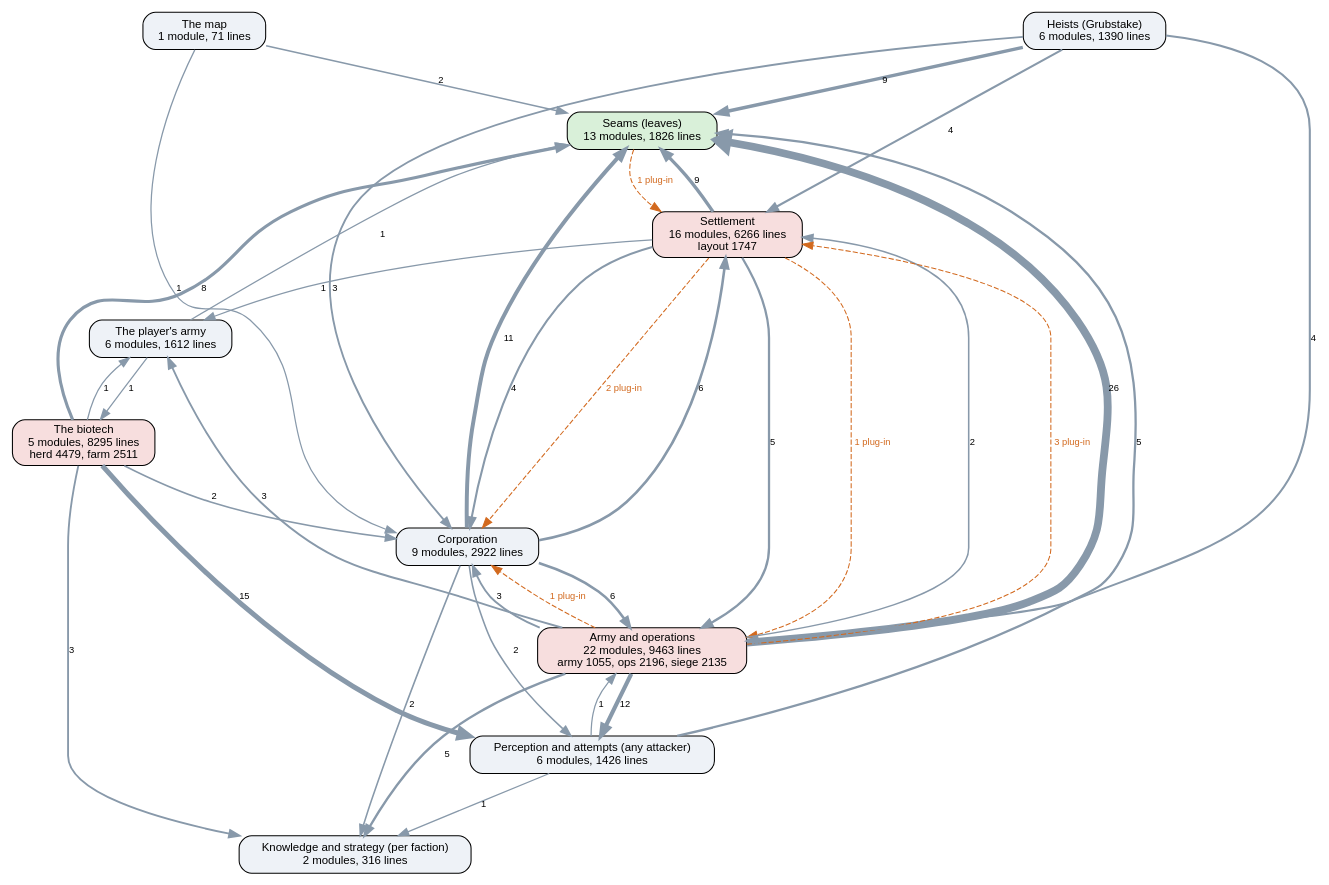
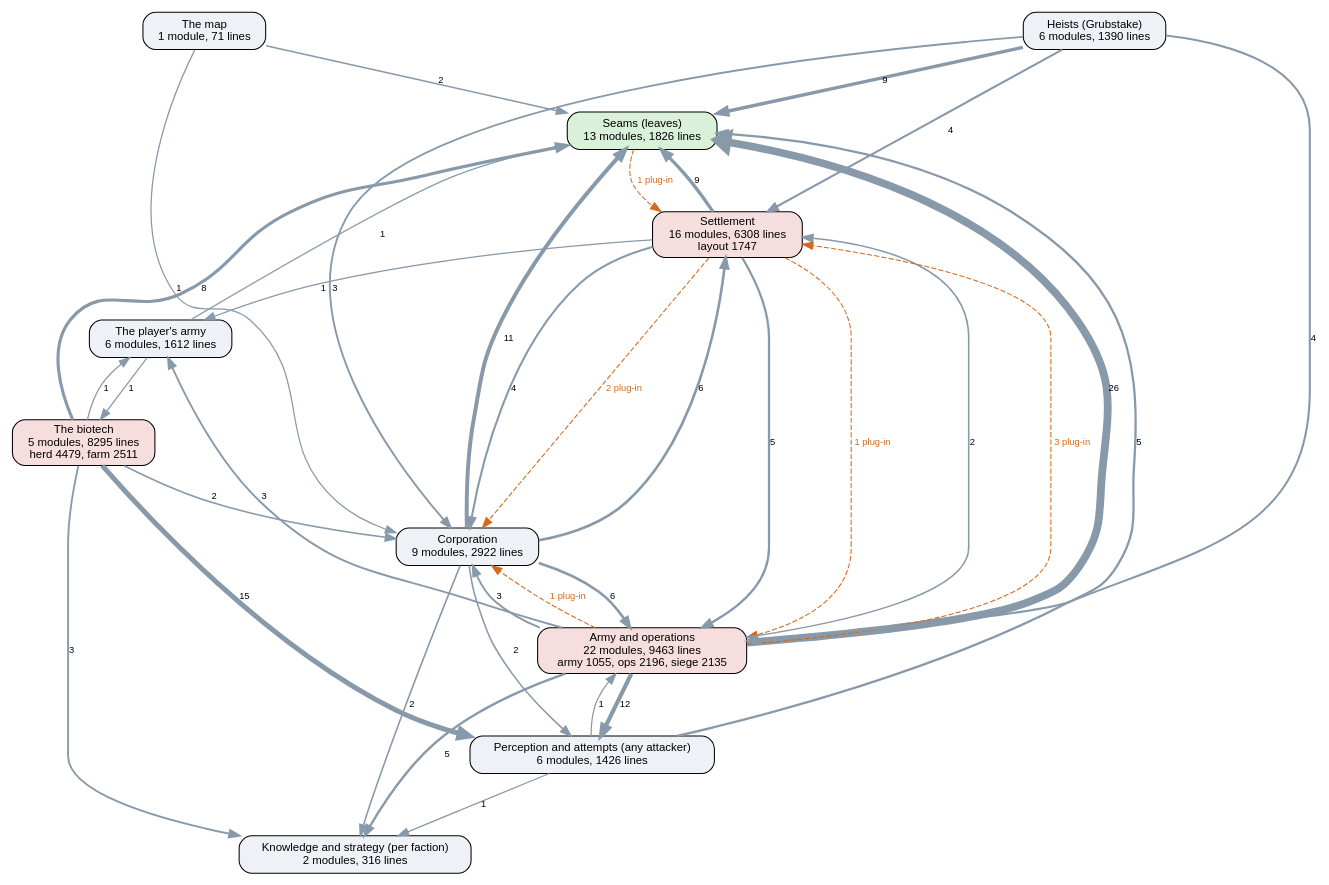
One commit to kinelhu/landing-party changed the diagram in docs/ai-layers.dot. Above: the diagram before and after it, drawn with Graphviz. The commit also changed 11 other files, not shown here.

```diff
--- a/docs/ai-layers.dot
+++ b/docs/ai-layers.dot
@@ -1,51 +1,51 @@
 digraph layers {
   graph [rankdir=TB, fontname="Helvetica", nodesep=0.5, ranksep=0.7];
   node [shape=box, style="rounded,filled", fontname="Helvetica", fontsize=11, fillcolor="#eef2f7"];
   edge [color="#8899aa", fontname="Helvetica", fontsize=9];
   "Seams (leaves)" [label="Seams (leaves)\n13 modules, 1826 lines", fillcolor="#d9f0d9"];
   "Perception and attempts (any attacker)" [label="Perception and attempts (any attacker)\n6 modules, 1426 lines", fillcolor="#eef2f7"];
   "Knowledge and strategy (per faction)" [label="Knowledge and strategy (per faction)\n2 modules, 316 lines", fillcolor="#eef2f7"];
   "Corporation" [label="Corporation\n9 modules, 2922 lines", fillcolor="#eef2f7"];
-  "Settlement" [label="Settlement\n16 modules, 6266 lines\nlayout 1747", fillcolor="#f7dede"];
+  "Settlement" [label="Settlement\n16 modules, 6308 lines\nlayout 1747", fillcolor="#f7dede"];
   "Army and operations" [label="Army and operations\n22 modules, 9463 lines\narmy 1055, ops 2196, siege 2135", fillcolor="#f7dede"];
   "Heists (Grubstake)" [label="Heists (Grubstake)\n6 modules, 1390 lines", fillcolor="#eef2f7"];
   "The biotech" [label="The biotech\n5 modules, 8295 lines\nherd 4479, farm 2511", fillcolor="#f7dede"];
   "The map" [label="The map\n1 module, 71 lines", fillcolor="#eef2f7"];
   "The player's army" [label="The player's army\n6 modules, 1612 lines", fillcolor="#eef2f7"];
   "Army and operations" -> "Corporation" [label="3", penwidth=1.8];
   "Army and operations" -> "Knowledge and strategy (per faction)" [label="5", penwidth=2.2];
   "Army and operations" -> "Perception and attempts (any attacker)" [label="12", penwidth=4.0];
   "Army and operations" -> "Seams (leaves)" [label="26", penwidth=7.5];
   "Army and operations" -> "Settlement" [label="2", penwidth=1.5];
   "Army and operations" -> "The player's army" [label="3", penwidth=1.8];
   "Corporation" -> "Army and operations" [label="6", penwidth=2.5];
   "Corporation" -> "Knowledge and strategy (per faction)" [label="2", penwidth=1.5];
   "Corporation" -> "Perception and attempts (any attacker)" [label="2", penwidth=1.5];
   "Corporation" -> "Seams (leaves)" [label="11", penwidth=3.8];
   "Corporation" -> "Settlement" [label="6", penwidth=2.5];
   "Heists (Grubstake)" -> "Army and operations" [label="4", penwidth=2.0];
   "Heists (Grubstake)" -> "Corporation" [label="3", penwidth=1.8];
   "Heists (Grubstake)" -> "Seams (leaves)" [label="9", penwidth=3.2];
   "Heists (Grubstake)" -> "Settlement" [label="4", penwidth=2.0];
   "Perception and attempts (any attacker)" -> "Army and operations" [label="1", penwidth=1.2];
   "Perception and attempts (any attacker)" -> "Knowledge and strategy (per faction)" [label="1", penwidth=1.2];
   "Perception and attempts (any attacker)" -> "Seams (leaves)" [label="5", penwidth=2.2];
   "Settlement" -> "Army and operations" [label="5", penwidth=2.2];
   "Settlement" -> "Corporation" [label="4", penwidth=2.0];
   "Settlement" -> "Seams (leaves)" [label="9", penwidth=3.2];
   "Settlement" -> "The player's army" [label="1", penwidth=1.2];
   "The biotech" -> "Corporation" [label="2", penwidth=1.5];
   "The biotech" -> "Knowledge and strategy (per faction)" [label="3", penwidth=1.8];
   "The biotech" -> "Perception and attempts (any attacker)" [label="15", penwidth=4.8];
   "The biotech" -> "Seams (leaves)" [label="8", penwidth=3.0];
   "The biotech" -> "The player's army" [label="1", penwidth=1.2];
   "The map" -> "Corporation" [label="1", penwidth=1.2];
   "The map" -> "Seams (leaves)" [label="2", penwidth=1.5];
   "The player's army" -> "Seams (leaves)" [label="1", penwidth=1.2];
   "The player's army" -> "The biotech" [label="1", penwidth=1.2];
   "Army and operations" -> "Corporation" [style=dashed, color="#d2691e", fontcolor="#d2691e", label="1 plug-in"];
   "Army and operations" -> "Settlement" [style=dashed, color="#d2691e", fontcolor="#d2691e", label="3 plug-in"];
   "Seams (leaves)" -> "Settlement" [style=dashed, color="#d2691e", fontcolor="#d2691e", label="1 plug-in"];
   "Settlement" -> "Army and operations" [style=dashed, color="#d2691e", fontcolor="#d2691e", label="1 plug-in"];
   "Settlement" -> "Corporation" [style=dashed, color="#d2691e", fontcolor="#d2691e", label="2 plug-in"];
 }
```
